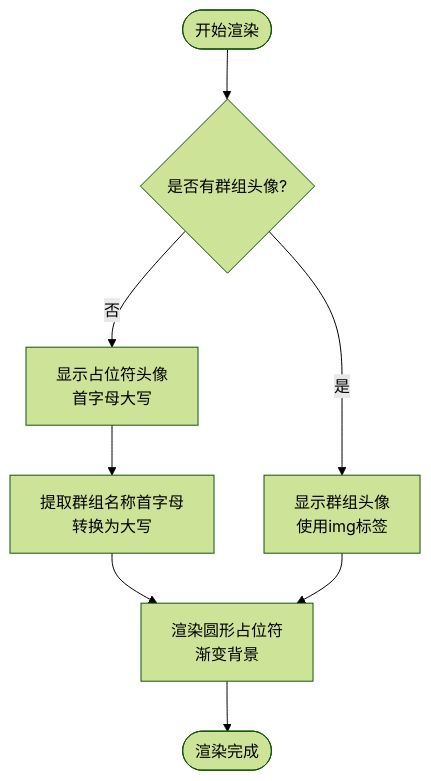
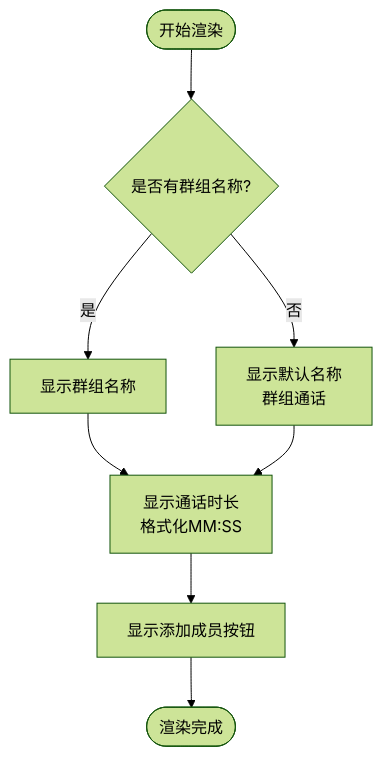
The third of 7 diagrams in .qoder/repowiki/zh/content/核心组件/群组通话组件/群组通话头部栏.md (Easemob-Community/easemob-uikit-callkit-vue3), drawn with Mermaid (forest theme) before and after one commit. The commit also changed other lines of this file and 54 other files, not shown here.

````diff
--- a/.qoder/repowiki/zh/content/核心组件/群组通话组件/群组通话头部栏.md
+++ b/.qoder/repowiki/zh/content/核心组件/群组通话组件/群组通话头部栏.md
@@ -151,10 +161,10 @@
 ```mermaid
 flowchart TD
-Start([开始渲染]) --> CheckAvatar{"是否有群组头像?"}
-CheckAvatar --> |是| ShowImage["显示群组头像<br/>使用img标签"]
-CheckAvatar --> |否| ShowPlaceholder["显示占位符头像<br/>首字母大写"]
-ShowPlaceholder --> SetInitials["提取群组名称首字母<br/>转换为大写"]
-SetInitials --> RenderAvatar["渲染圆形占位符<br/>渐变背景"]
-ShowImage --> RenderAvatar
-RenderAvatar --> End([渲染完成])
+Start([开始渲染]) --> CheckGroupName{"是否有群组名称?"}
+CheckGroupName --> |是| ShowGroupName["显示群组名称"]
+CheckGroupName --> |否| DefaultName["显示默认名称<br/>群组通话"]
+ShowGroupName --> ShowDuration["显示通话时长<br/>格式化MM:SS"]
+DefaultName --> ShowDuration
+ShowDuration --> ShowAddMemberBtn["显示添加成员按钮"]
+ShowAddMemberBtn --> End([渲染完成])
 ```
````
